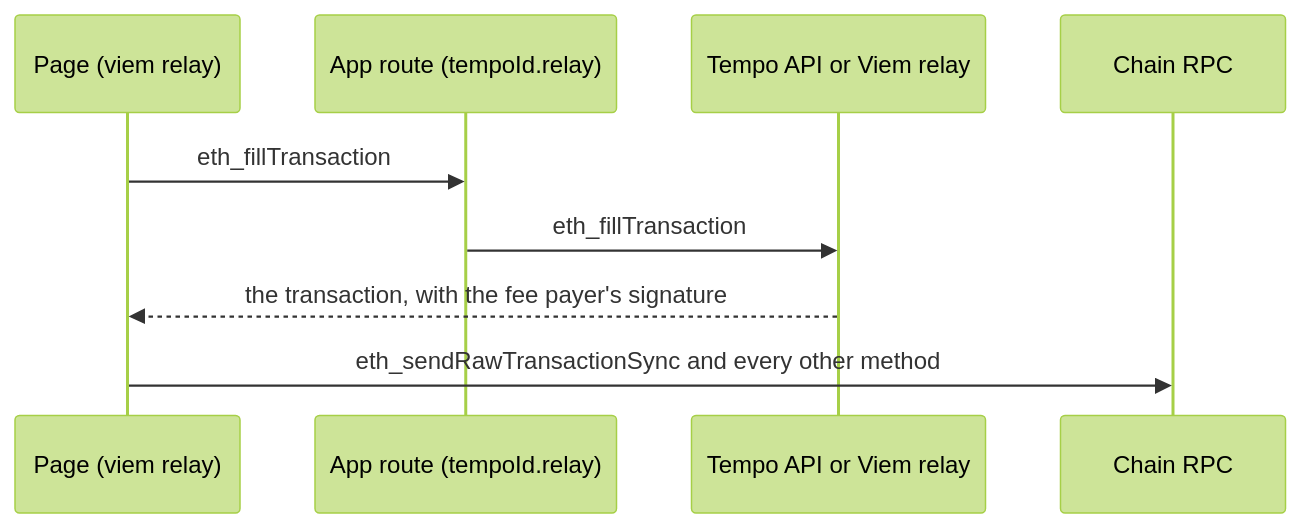
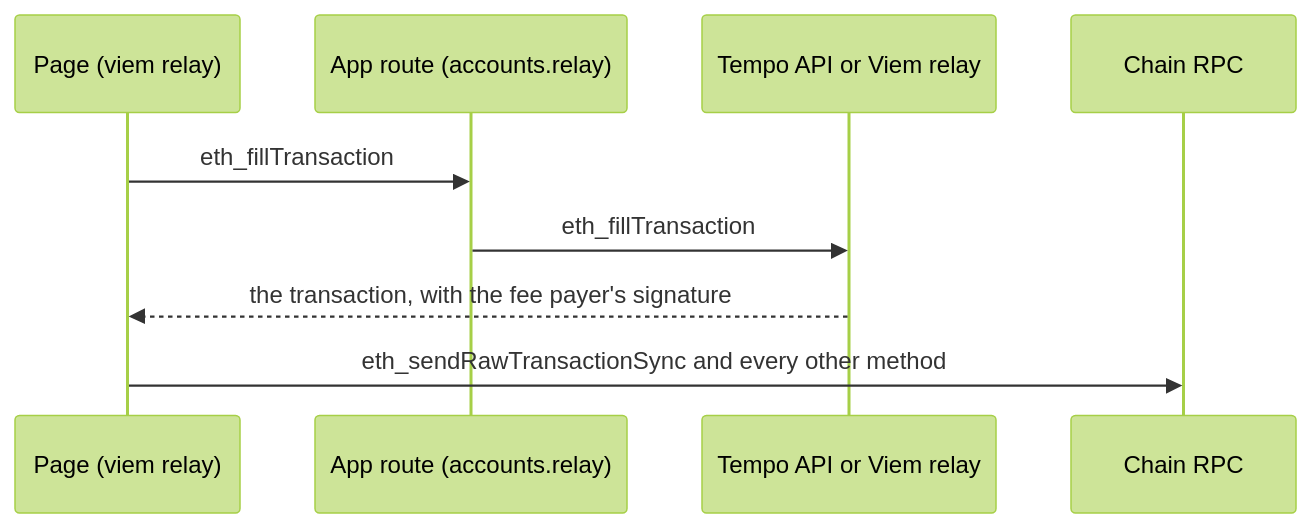
One commit to tempoxyz/accounts changed the diagram in docs/api/plugins.relay.md. Above: the diagram before and after it, drawn with Mermaid (forest theme). The commit also changed other lines of this file and 40 other files, not shown here.

````diff
--- a/docs/api/plugins.relay.md
+++ b/docs/api/plugins.relay.md
@@ -14,11 +14,11 @@
 ```mermaid
 sequenceDiagram
   participant Page as Page (viem relay)
-  participant Route as App route (tempoId.relay)
+  participant Route as App route (accounts.relay)
   participant Relay as Tempo API or Viem relay
   participant RPC as Chain RPC
   Page->>Route: eth_fillTransaction
   Route->>Relay: eth_fillTransaction
   Relay-->>Page: the transaction, with the fee payer's signature
   Page->>RPC: eth_sendRawTransactionSync and every other method
 ```
````
